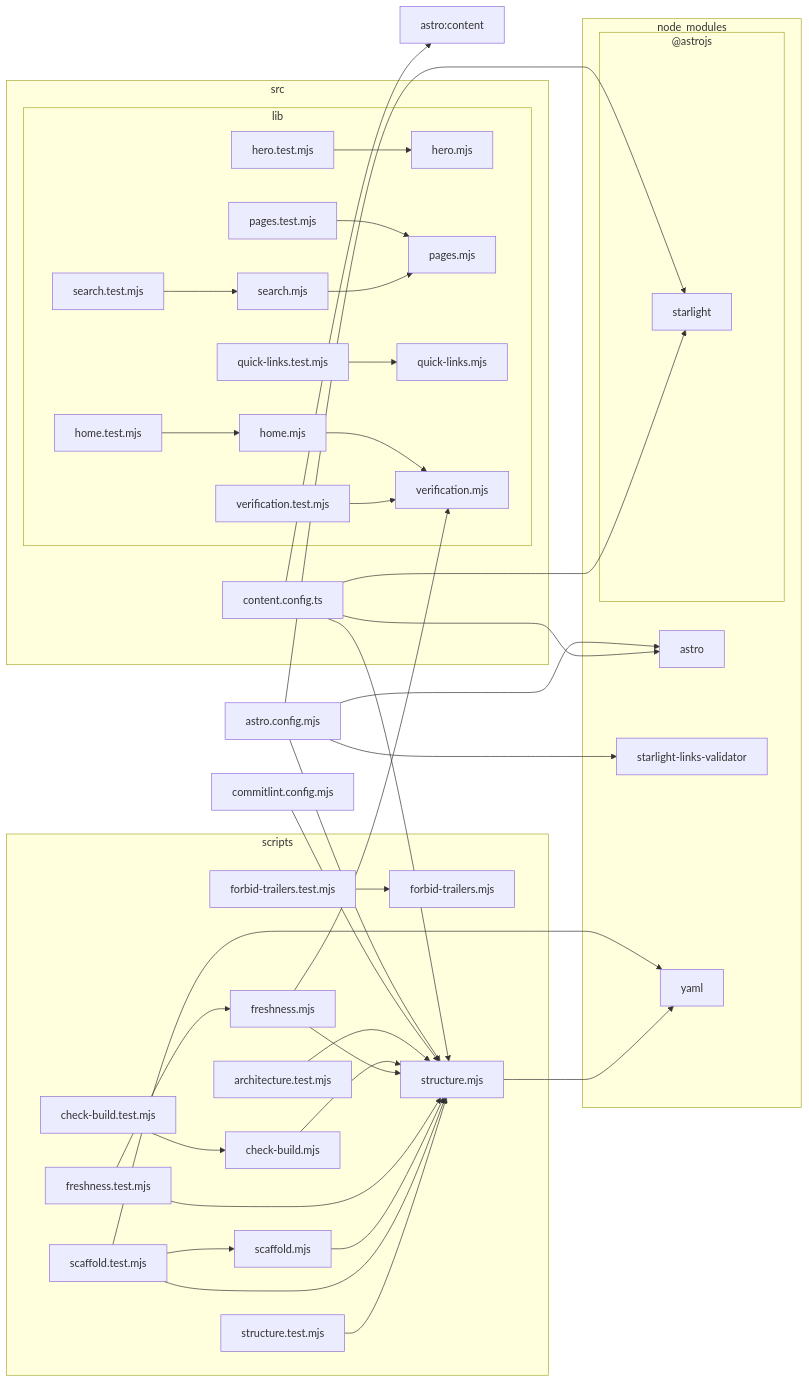
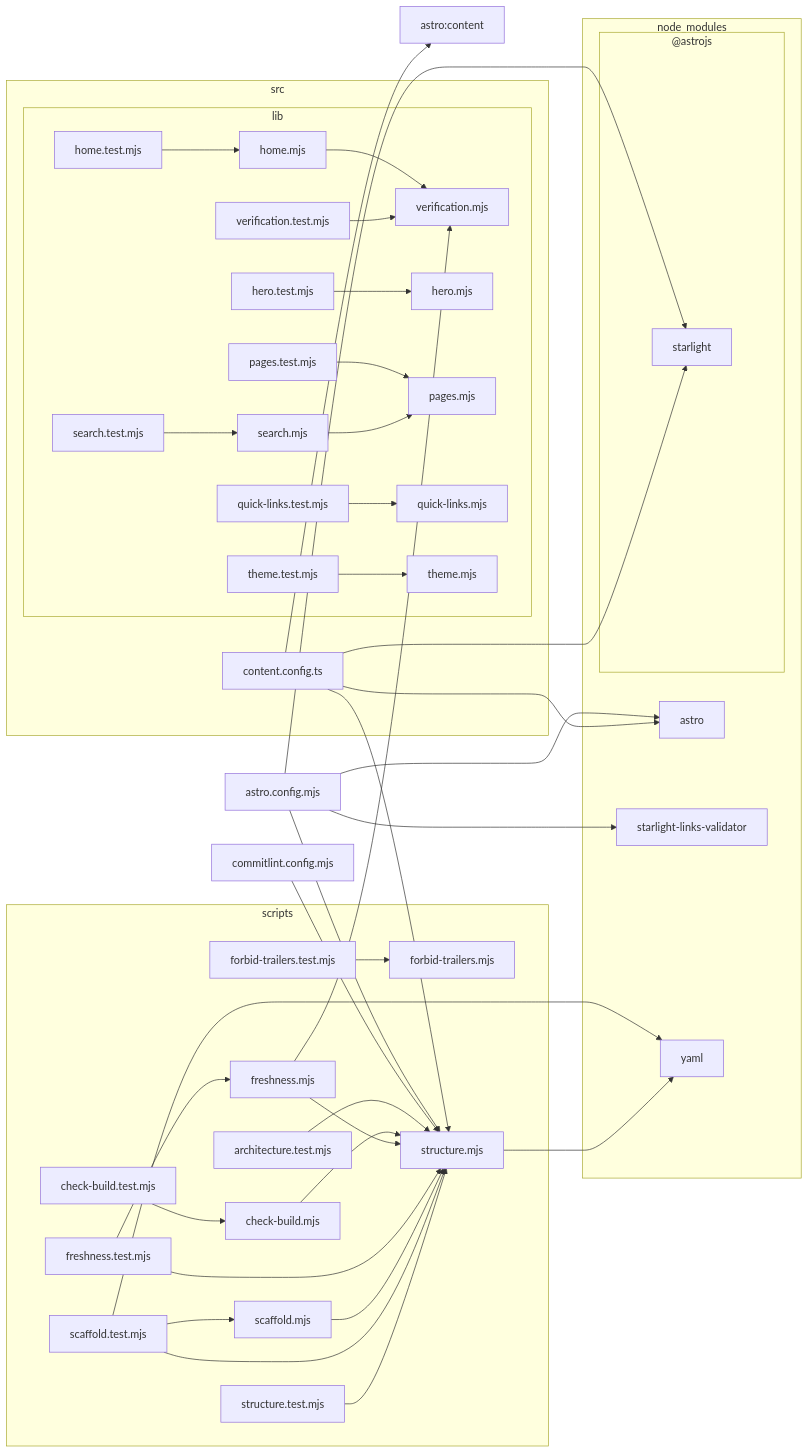
Before and after one commit to FilipTw/claude-craft: the diagram in docs/architecture.mmd, drawn with Mermaid. The commit also changed 4 other files, not shown here.

```diff
--- a/docs/architecture.mmd
+++ b/docs/architecture.mmd
@@ -1,74 +1,77 @@
 flowchart LR
 
 0["astro.config.mjs"]
 1["astro:content"]
 2["commitlint.config.mjs"]
 subgraph 3["node_modules"]
 subgraph 4["@astrojs"]
 5["starlight"]
 end
 6["astro"]
 7["starlight-links-validator"]
 8["yaml"]
 end
 subgraph 9["scripts"]
 A["architecture.test.mjs"]
 B["check-build.mjs"]
 C["check-build.test.mjs"]
 D["forbid-trailers.mjs"]
 E["forbid-trailers.test.mjs"]
 F["freshness.mjs"]
 G["freshness.test.mjs"]
 H["scaffold.mjs"]
 I["scaffold.test.mjs"]
 J["structure.mjs"]
 K["structure.test.mjs"]
 end
 subgraph L["src"]
 M["content.config.ts"]
 subgraph N["lib"]
 O["hero.mjs"]
 P["hero.test.mjs"]
 Q["home.mjs"]
 R["home.test.mjs"]
 S["pages.mjs"]
 T["pages.test.mjs"]
 U["quick-links.mjs"]
 V["quick-links.test.mjs"]
 W["search.mjs"]
 X["search.test.mjs"]
-Y["verification.mjs"]
-Z["verification.test.mjs"]
+Y["theme.mjs"]
+Z["theme.test.mjs"]
+10["verification.mjs"]
+11["verification.test.mjs"]
 end
 end
 0-->J
 0-->5
 0-->6
 0-->7
 2-->J
 A-->J
 B-->J
 C-->B
 E-->D
-F-->Y
+F-->10
 F-->J
 G-->F
 G-->J
 H-->J
 I-->H
 I-->J
 I-->8
 J-->8
 K-->J
 M-->J
 M-->5
 M-->1
 M-->6
 P-->O
-Q-->Y
+Q-->10
 R-->Q
 T-->S
 V-->U
 W-->S
 X-->W
 Z-->Y
+11-->10
```
